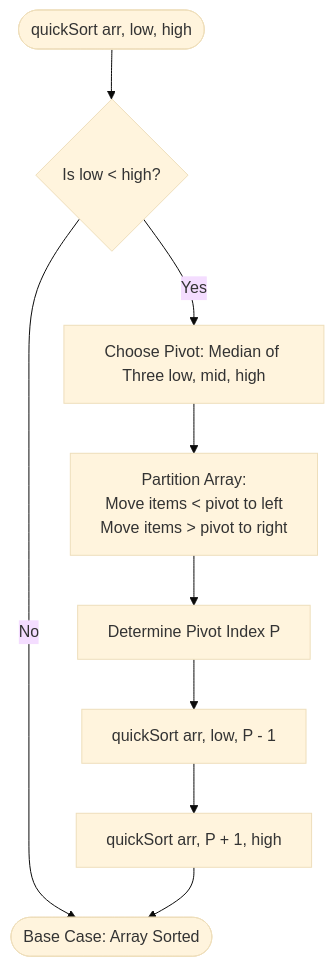
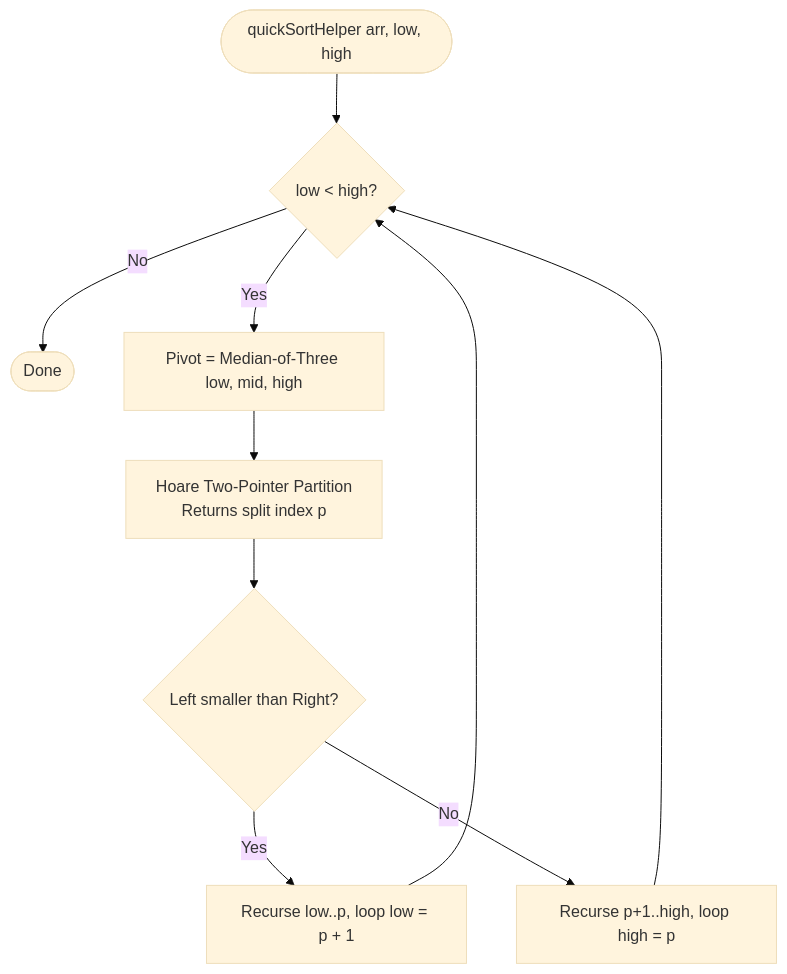
One commit to JeptahIldefonso/Group1_E-Commerce_Logistics-Hub changed the fifth of 6 diagrams in TECHNICAL_DOCUMENTATION.md. Above: the diagram before and after it, drawn with Mermaid (base theme). The commit also changed other lines of this file and 4 other files, not shown here.

Commit message:
docs: finalize plain-English technical guide, flowcharts, and PDF documentation

````diff
--- a/TECHNICAL_DOCUMENTATION.md
+++ b/TECHNICAL_DOCUMENTATION.md
@@ -378,11 +308,10 @@
 ```mermaid
 flowchart TD
-    QStart([quickSort arr, low, high]) --> CheckBounds{Is low < high?}
-    CheckBounds -->|No| QDone([Base Case: Array Sorted])
-    CheckBounds -->|Yes| ChoosePivot[Choose Pivot: Median of Three low, mid, high]
-    ChoosePivot --> Partition[Partition Array:\nMove items < pivot to left\nMove items > pivot to right]
-    Partition --> PivotIndex[Determine Pivot Index P]
-    PivotIndex --> RecurseLeft[quickSort arr, low, P - 1]
-    RecurseLeft --> RecurseRight[quickSort arr, P + 1, high]
-    RecurseRight --> QDone
+    Q([quickSortHelper arr, low, high]) --> B{low < high?}
+    B -->|No| DONE([Done])
+    B -->|Yes| M[Pivot = Median-of-Three low, mid, high]
+    M --> P[Hoare Two-Pointer Partition\nReturns split index p]
+    P --> S{Left smaller than Right?}
+    S -->|Yes| L[Recurse low..p, loop low = p + 1] --> B
+    S -->|No| R[Recurse p+1..high, loop high = p] --> B
 ```
````
